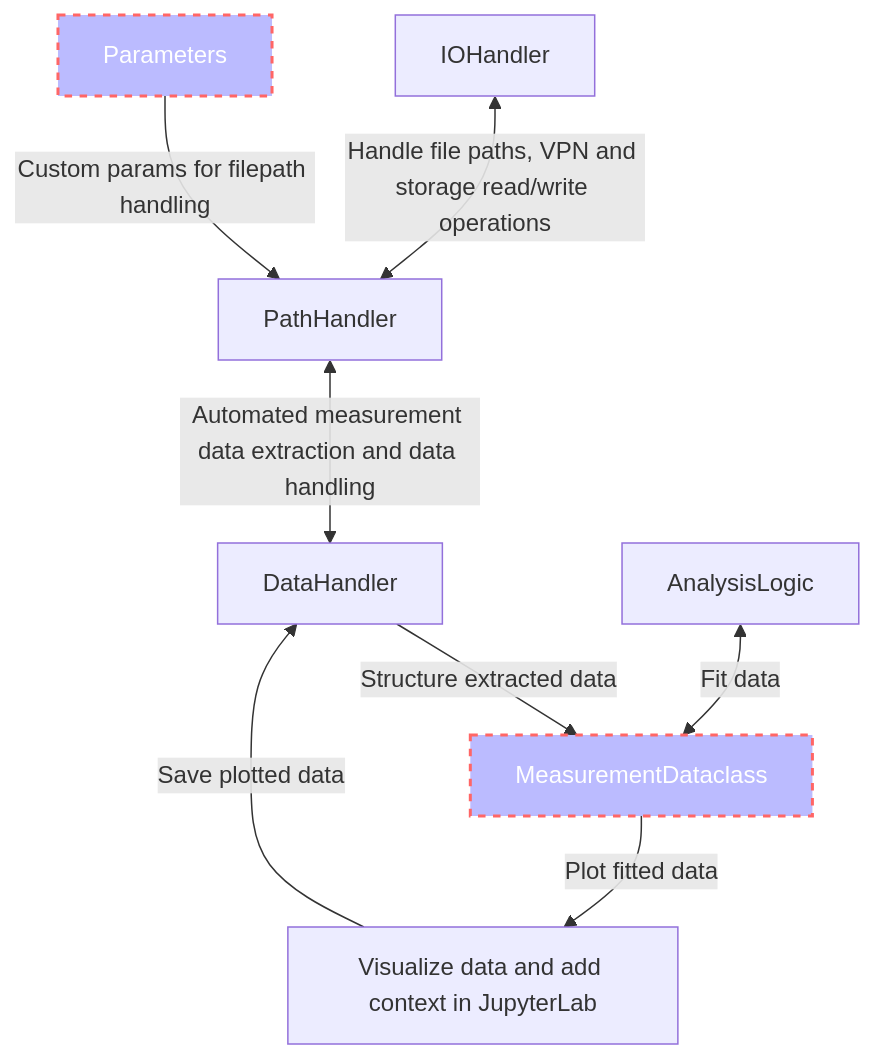
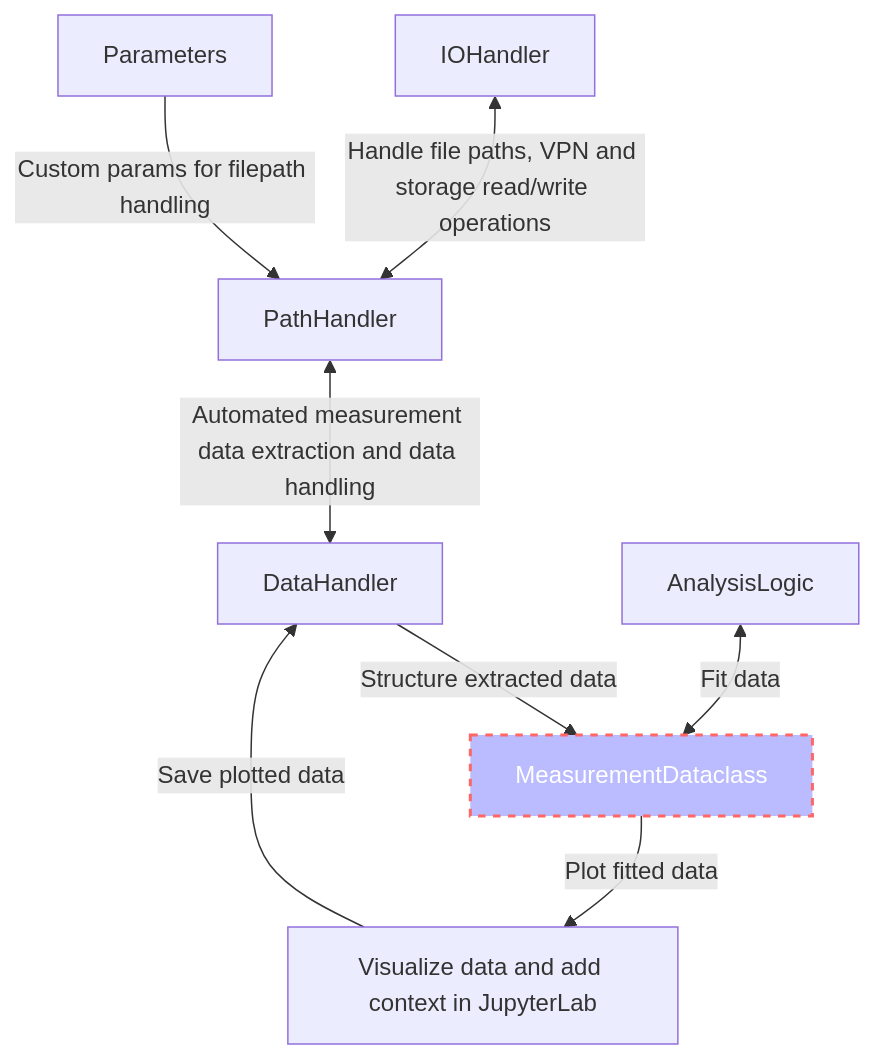
The first of 2 diagrams in README.md (dineshpinto/qudi-hira-analysis), drawn with Mermaid before and after one commit. The commit also changed other lines of this file and 4 other files, not shown here.

````diff
--- a/README.md
+++ b/README.md
@@ -34,12 +34,11 @@
 ```mermaid
 flowchart TD;
     IOHandler<-- Handle file paths, VPN and storage read/write operations -->PathHandler;
     PathHandler<-- Automated measurement data extraction and data handling -->DataHandler;
     Parameters-- Custom params for filepath handling -->PathHandler
     DataHandler-- Structure extracted data -->MeasurementDataclass;
     AnalysisLogic<-- Fit data -->MeasurementDataclass;
     MeasurementDataclass-- Plot fitted data --> Plot[Visualize data and add context in JupyterLab];
     Plot-- Save plotted data --> DataHandler;
     style MeasurementDataclass fill:#bbf,stroke:#f66,stroke-width:2px,color:#fff,stroke-dasharray: 5 5
-    style Parameters fill:#bbf,stroke:#f66,stroke-width:2px,color:#fff,stroke-dasharray: 5 5
 ```
````
